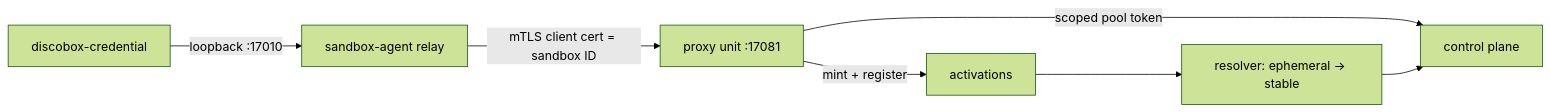
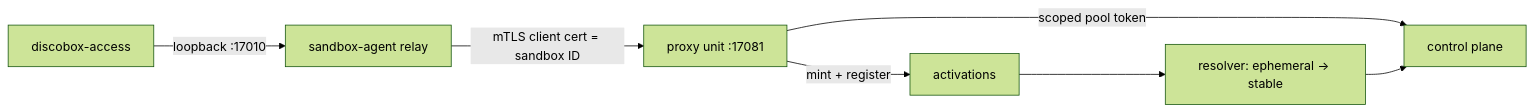
One commit to discobox-ai/discobox changed the second of 3 diagrams in pool-agent/DESIGN.md. Above: the diagram before and after it, drawn with Mermaid (forest theme). The commit also changed 73 other files, not shown here.

````diff
--- a/pool-agent/DESIGN.md
+++ b/pool-agent/DESIGN.md
@@ -447,9 +447,9 @@
 ```mermaid
 flowchart LR
-    cli["discobox-credential"] -->|"loopback :17010"| relay["sandbox-agent relay"]
+    cli["discobox-access"] -->|"loopback :17010"| relay["sandbox-agent relay"]
     relay -->|"mTLS client cert = sandbox ID"| broker["proxy unit :17081"]
     broker -->|"scoped pool token"| cp["control plane"]
     broker -->|"mint + register"| live["activations"]
     live --> swap["resolver: ephemeral → stable"]
     swap --> cp
 ```
````
